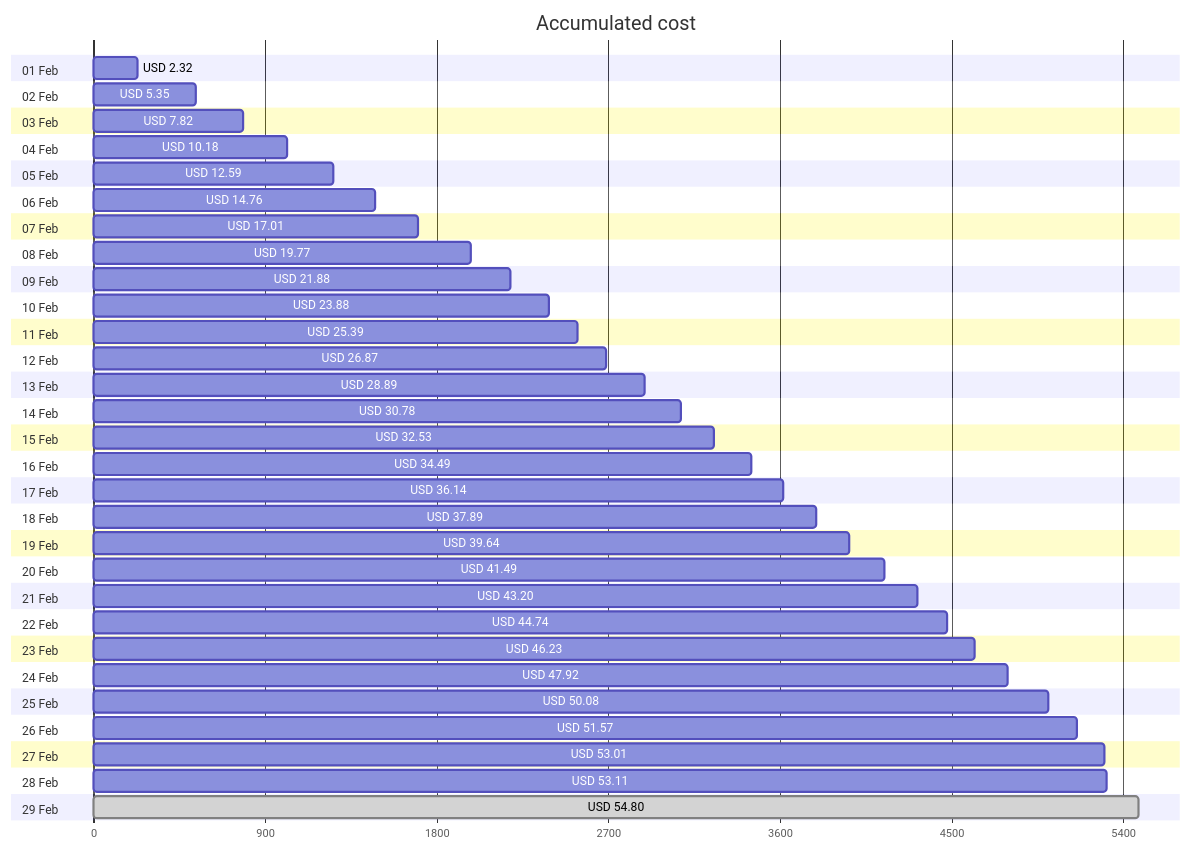
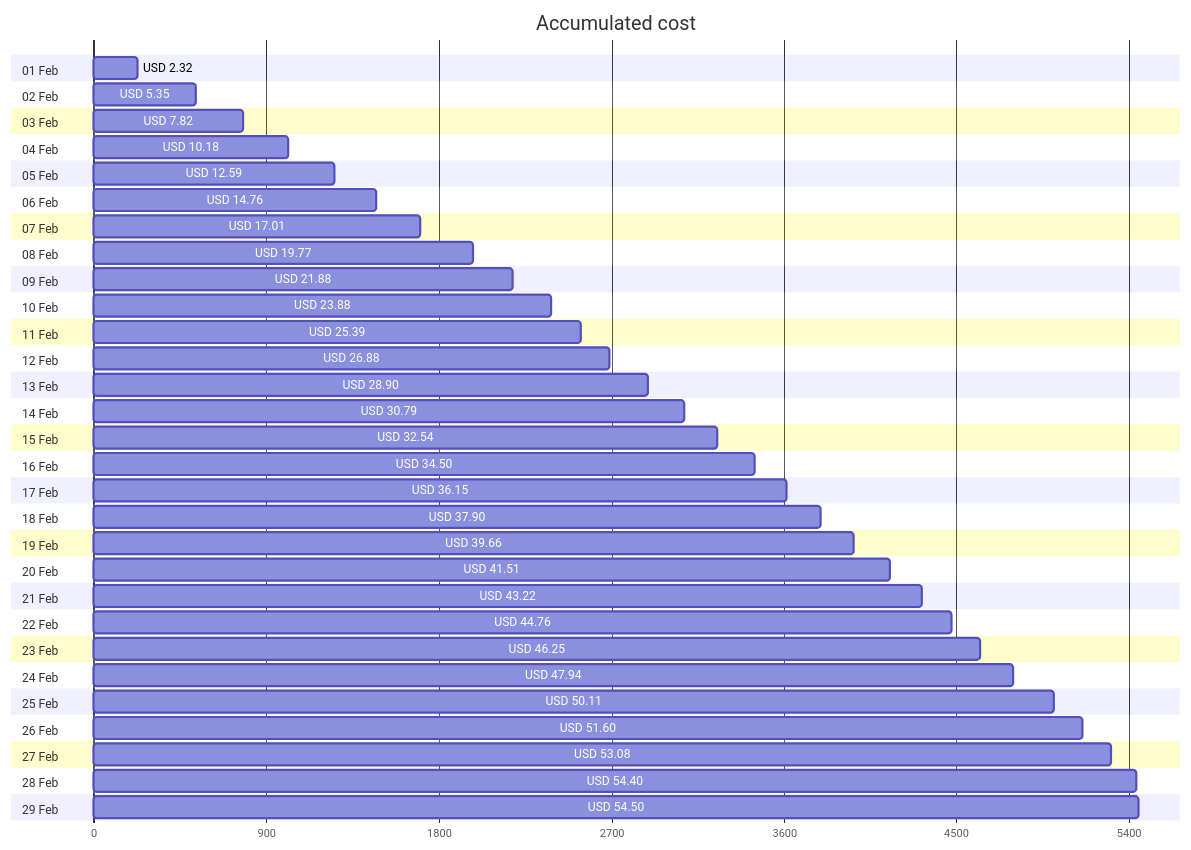
One commit to jpfulton/azure-personal-reports changed the first of 4 diagrams in cost-reports/personal-network/README.md. Above: the diagram before and after it, drawn with Mermaid. The commit also changed other lines of this file and 8 other files, not shown here.

````diff
--- a/cost-reports/personal-network/README.md
+++ b/cost-reports/personal-network/README.md
@@ -20,64 +20,64 @@
 ```mermaid
 gantt
    title Accumulated cost
    dateFormat  X
    axisFormat %s
    section 01 Feb
    USD 2.32 :0, 232
    section 02 Feb
    USD 5.35 :0, 535
    section 03 Feb
    USD 7.82 :0, 782
    section 04 Feb
    USD 10.18 :0, 1018
    section 05 Feb
    USD 12.59 :0, 1259
    section 06 Feb
    USD 14.76 :0, 1476
    section 07 Feb
    USD 17.01 :0, 1701
    section 08 Feb
    USD 19.77 :0, 1977
    section 09 Feb
    USD 21.88 :0, 2188
    section 10 Feb
    USD 23.88 :0, 2388
    section 11 Feb
    USD 25.39 :0, 2539
    section 12 Feb
-   USD 26.87 :0, 2687
+   USD 26.88 :0, 2688
    section 13 Feb
-   USD 28.89 :0, 2889
+   USD 28.90 :0, 2890
    section 14 Feb
-   USD 30.78 :0, 3078
+   USD 30.79 :0, 3079
    section 15 Feb
-   USD 32.53 :0, 3253
+   USD 32.54 :0, 3254
    section 16 Feb
-   USD 34.49 :0, 3449
+   USD 34.50 :0, 3450
    section 17 Feb
-   USD 36.14 :0, 3614
+   USD 36.15 :0, 3615
    section 18 Feb
-   USD 37.89 :0, 3789
+   USD 37.90 :0, 3790
    section 19 Feb
-   USD 39.64 :0, 3964
+   USD 39.66 :0, 3966
    section 20 Feb
-   USD 41.49 :0, 4149
+   USD 41.51 :0, 4151
    section 21 Feb
-   USD 43.20 :0, 4320
+   USD 43.22 :0, 4322
    section 22 Feb
-   USD 44.74 :0, 4474
+   USD 44.76 :0, 4476
    section 23 Feb
-   USD 46.23 :0, 4623
+   USD 46.25 :0, 4625
    section 24 Feb
-   USD 47.92 :0, 4792
+   USD 47.94 :0, 4794
    section 25 Feb
-   USD 50.08 :0, 5008
+   USD 50.11 :0, 5011
    section 26 Feb
-   USD 51.57 :0, 5157
+   USD 51.60 :0, 5160
    section 27 Feb
-   USD 53.01 :0, 5301
+   USD 53.08 :0, 5308
    section 28 Feb
-   USD 53.11 :0, 5311
+   USD 54.40 :0, 5440
    section 29 Feb
-   USD 54.80 : done, 0, 5480
+   USD 54.50 :0, 5450
 ```
````
